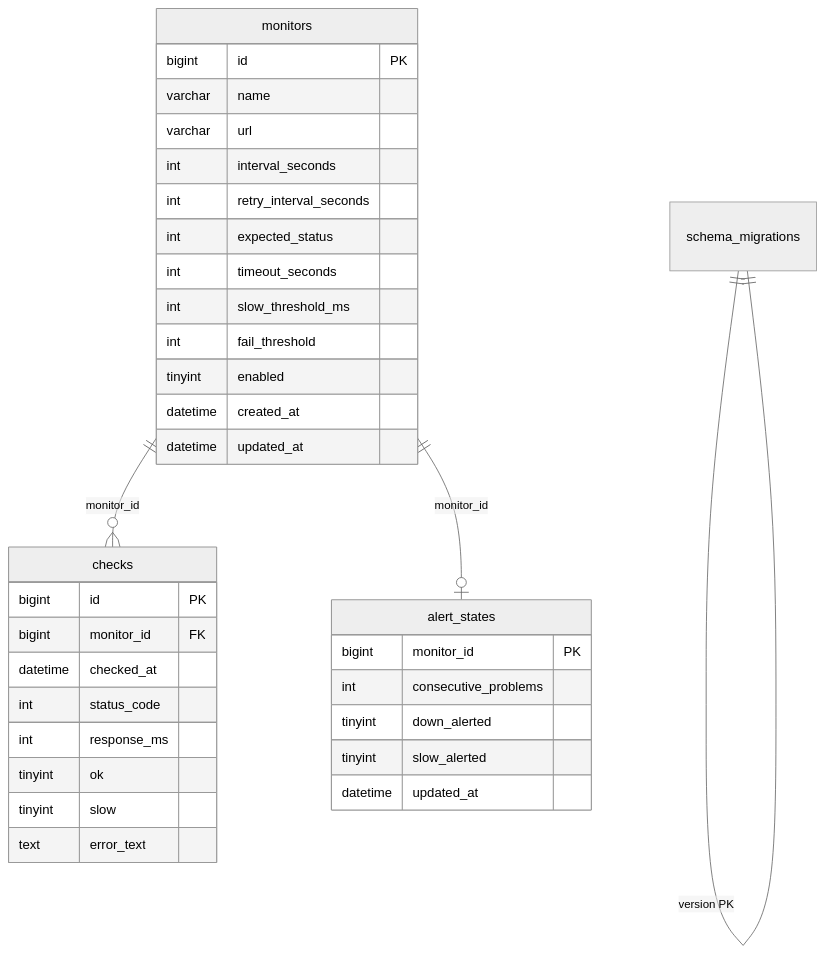
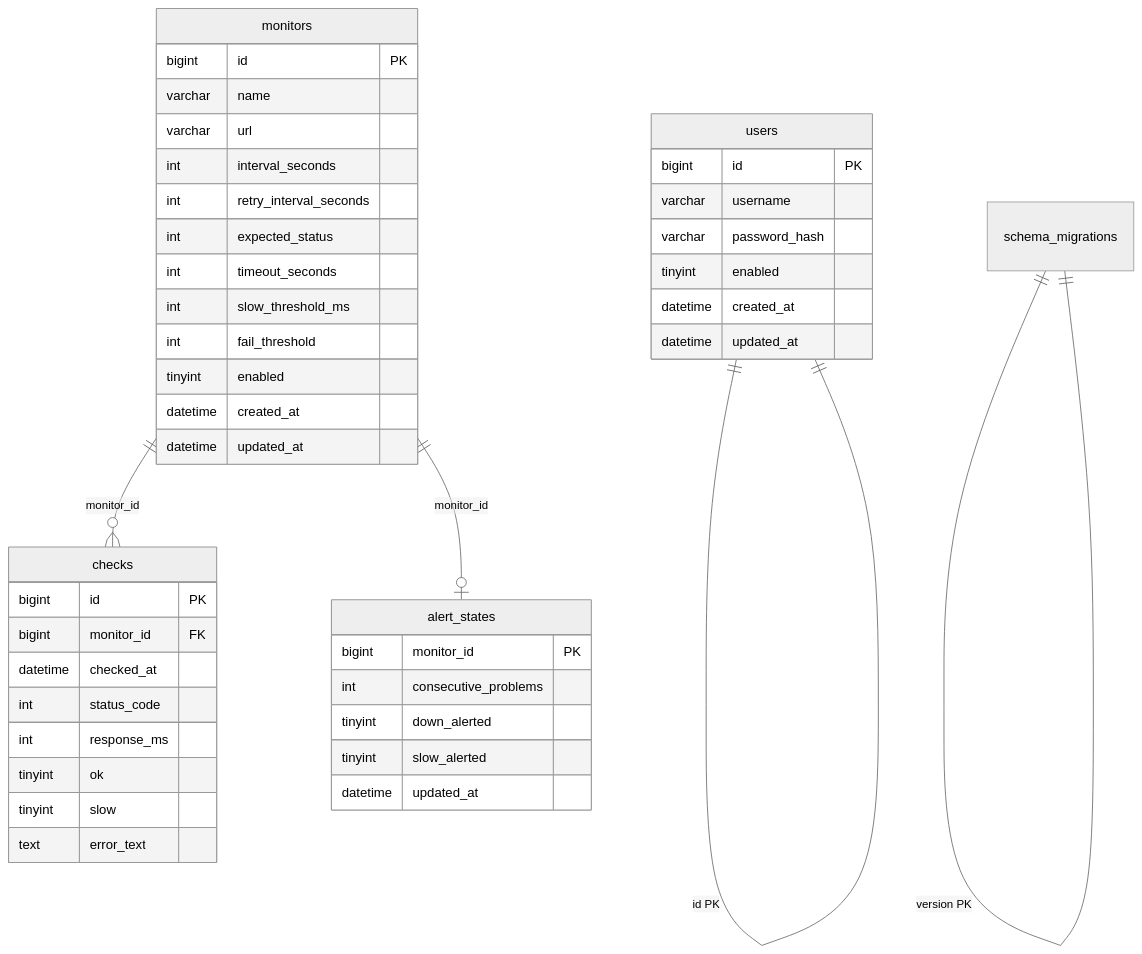
The diagram in docs/data-model.md (mc-lion/WebChecker), drawn with Mermaid (neutral theme) before and after one commit. The commit also changed other lines of this file and 23 other files, not shown here.

````diff
--- a/docs/data-model.md
+++ b/docs/data-model.md
@@ -7,40 +7,50 @@
 ```mermaid
 erDiagram
   monitors ||--o{ checks : "monitor_id"
   monitors ||--o| alert_states : "monitor_id"
+  users ||--|| users : "id PK"
   schema_migrations ||--|| schema_migrations : "version PK"
+
+  users {
+    bigint id PK
+    varchar username
+    varchar password_hash
+    tinyint enabled
+    datetime created_at
+    datetime updated_at
+  }
 
   monitors {
     bigint id PK
     varchar name
     varchar url
     int interval_seconds
     int retry_interval_seconds
     int expected_status
     int timeout_seconds
     int slow_threshold_ms
     int fail_threshold
     tinyint enabled
     datetime created_at
     datetime updated_at
   }
 
   checks {
     bigint id PK
     bigint monitor_id FK
     datetime checked_at
     int status_code
     int response_ms
     tinyint ok
     tinyint slow
     text error_text
   }
 
   alert_states {
     bigint monitor_id PK
     int consecutive_problems
     tinyint down_alerted
     tinyint slow_alerted
     datetime updated_at
   }
 ```
````
